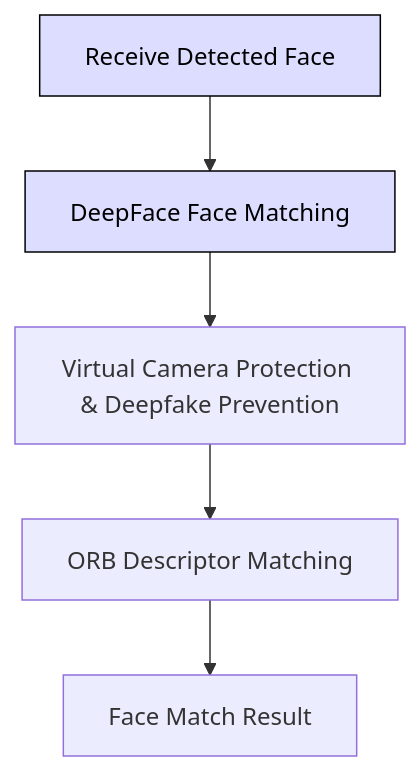
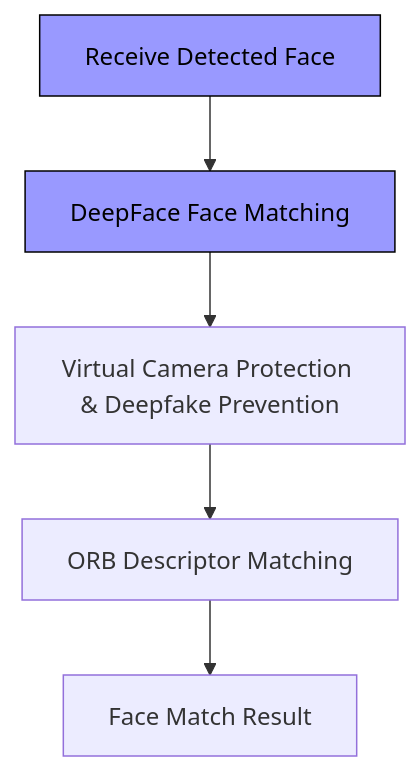
One commit to Tharun-selladurai/face_liveliness_web_platform changed the third of 6 diagrams in README.md. Above: the diagram before and after it, drawn with Mermaid. The commit also changed other lines of this file, not shown here.

````diff
--- a/README.md
+++ b/README.md
@@ -103,11 +98,11 @@
 ```mermaid
 %%{init: {'theme': 'default', 'themeVariables': {'edgeLabelBackground':'#ffffff', 'tertiaryColor':'#ffffff'}}}%%
 graph TD;
     A[Receive Detected Face] --> B[DeepFace Face Matching]
     B --> C[Virtual Camera Protection & Deepfake Prevention]
     C --> D[ORB Descriptor Matching]
     D --> E[Face Match Result]
     
-    classDef match fill:#ddddff,stroke:#000000,color:#000000;
+    classDef match fill:#9999ff,stroke:#000000,color:#000000;
     class A,B match;
 ```
````
